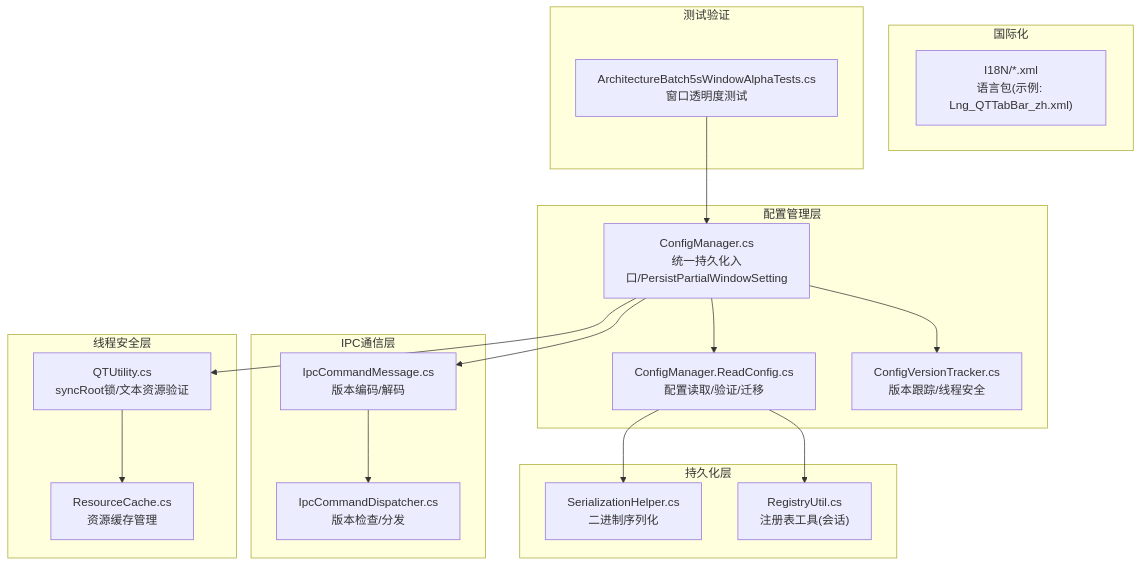
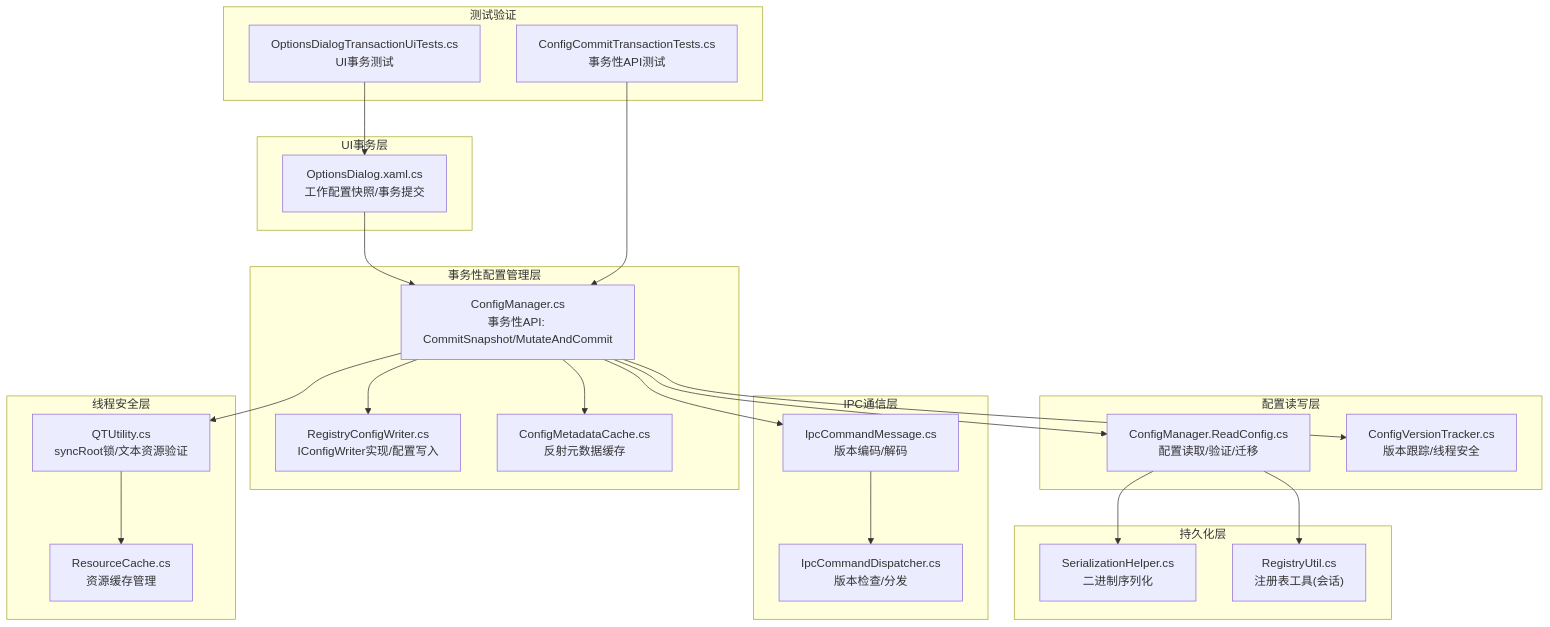
One commit to rainiva/QTTabBar-Next changed the first of 4 diagrams in .qoder/repowiki/zh/content/配置管理.md. Above: the diagram before and after it, drawn with Mermaid. The commit also changed other lines of this file and 415 other files, not shown here.

````diff
--- a/.qoder/repowiki/zh/content/配置管理.md
+++ b/.qoder/repowiki/zh/content/配置管理.md
@@ -53,35 +62,44 @@
 ```mermaid
 graph TB
-subgraph "配置管理层"
-CM["ConfigManager.cs<br/>统一持久化入口/PersistPartialWindowSetting"]
+subgraph "事务性配置管理层"
+CM["ConfigManager.cs<br/>事务性API: CommitSnapshot/MutateAndCommit"]
+RCW["RegistryConfigWriter.cs<br/>IConfigWriter实现/配置写入"]
+CMC["ConfigMetadataCache.cs<br/>反射元数据缓存"]
+end
+subgraph "配置读写层"
 CR["ConfigManager.ReadConfig.cs<br/>配置读取/验证/迁移"]
 CVT["ConfigVersionTracker.cs<br/>版本跟踪/线程安全"]
 end
 subgraph "IPC通信层"
 ICM["IpcCommandMessage.cs<br/>版本编码/解码"]
 ICD["IpcCommandDispatcher.cs<br/>版本检查/分发"]
+end
+subgraph "UI事务层"
+OD["OptionsDialog.xaml.cs<br/>工作配置快照/事务提交"]
 end
 subgraph "持久化层"
 SER["SerializationHelper.cs<br/>二进制序列化"]
 REGU["RegistryUtil.cs<br/>注册表工具(会话)"]
 end
 subgraph "线程安全层"
 QTU["QTUtility.cs<br/>syncRoot锁/文本资源验证"]
 RC["ResourceCache.cs<br/>资源缓存管理"]
 end
-subgraph "国际化"
-I18N["I18N/*.xml<br/>语言包(示例: Lng_QTTabBar_zh.xml)"]
+subgraph "测试验证"
+TESTS["ConfigCommitTransactionTests.cs<br/>事务性API测试"]
+UITESTS["OptionsDialogTransactionUiTests.cs<br/>UI事务测试"]
 end
-subgraph "测试验证"
-TESTS["ArchitectureBatch5sWindowAlphaTests.cs<br/>窗口透明度测试"]
-end
+CM --> RCW
+CM --> CMC
 CM --> CVT
 CM --> ICM
 CM --> CR
 CR --> SER
 CR --> REGU
 CM --> QTU
 QTU --> RC
+OD --> CM
 ICM --> ICD
 TESTS --> CM
+UITESTS --> OD
 ```
````
